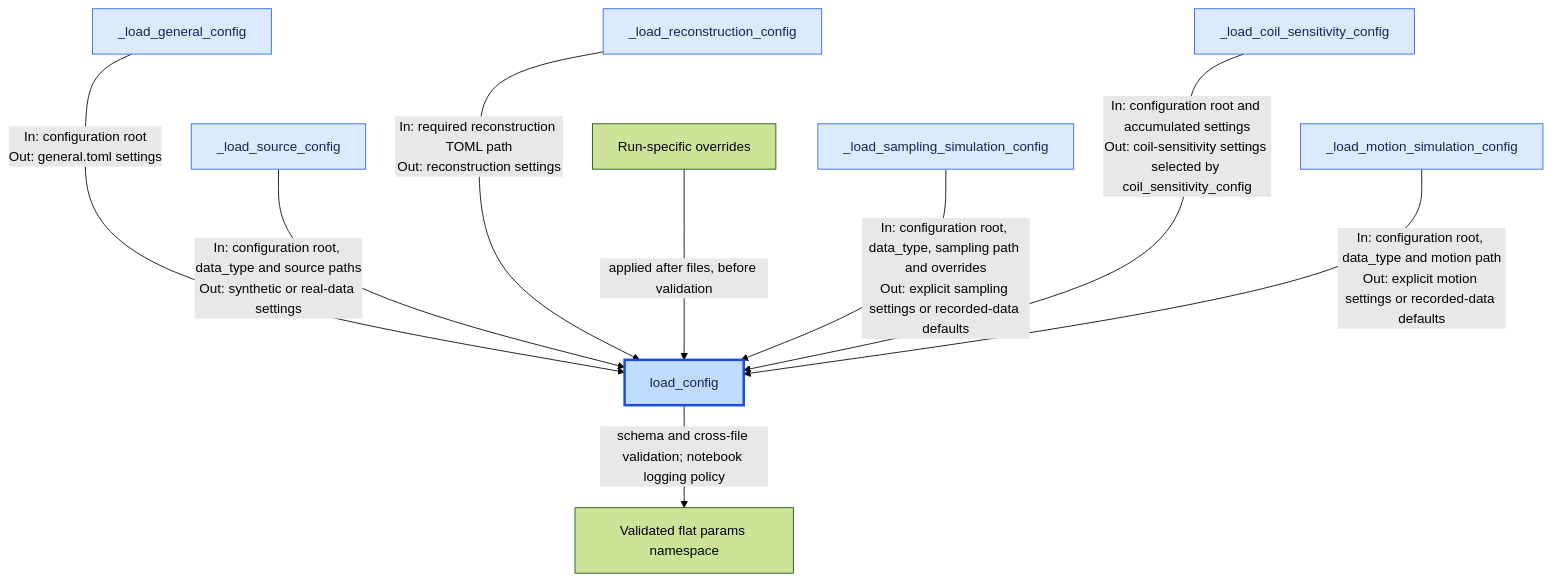
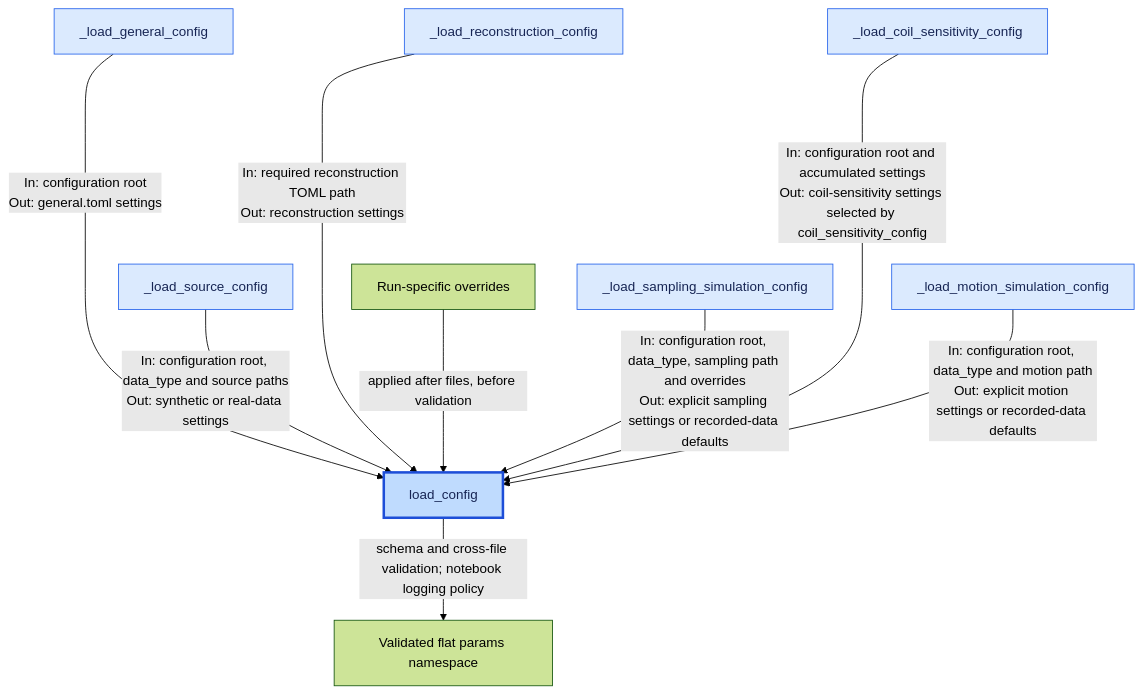
One commit to IADI-Nancy/GRICS-torch changed the diagram in docs/architecture/configuration.md. Above: the diagram before and after it, drawn with Mermaid (forest theme). The commit also changed 1 other file, not shown here.

Commit message:
Reformatted data flows in documentation

````diff
--- a/docs/architecture/configuration.md
+++ b/docs/architecture/configuration.md
@@ -8,21 +8,23 @@
 ```mermaid
 flowchart TD
     General[_load_general_config] -->|"In: configuration root<br/>Out: general.toml settings"| Load[load_config]
     Reconstruction[_load_reconstruction_config] -->|"In: required reconstruction TOML path<br/>Out: reconstruction settings"| Load
     Coil[_load_coil_sensitivity_config] -->|"In: configuration root and accumulated settings<br/>Out: coil-sensitivity settings selected by coil_sensitivity_config"| Load
     Source[_load_source_config] -->|"In: configuration root, data_type and source paths<br/>Out: synthetic or real-data settings"| Load
     Sampling[_load_sampling_simulation_config] -->|"In: configuration root, data_type, sampling path and overrides<br/>Out: explicit sampling settings or recorded-data defaults"| Load
     Motion[_load_motion_simulation_config] -->|"In: configuration root, data_type and motion path<br/>Out: explicit motion settings or recorded-data defaults"| Load
     Overrides[Run-specific overrides] -->|applied after files, before validation| Load
     Load -->|schema and cross-file validation; notebook logging policy| Params[Validated flat params namespace]
 
-    %% Layout-only links split the configuration sources across two rows.
-    General ~~~ Source
-    Reconstruction ~~~ Sampling
-    Coil ~~~ Motion
+    %% Layout-only nodes lift selected sources two ranks above the lower row.
+    General ~~~ GeneralGap[" "] ~~~ Source
+    Reconstruction ~~~ ReconstructionGap[" "] ~~~ Sampling
+    Coil ~~~ CoilGap[" "] ~~~ Motion
 
     classDef pythonClass fill:#dbeafe,stroke:#2563eb,color:#172554
     classDef coordinator fill:#bfdbfe,stroke:#1d4ed8,stroke-width:3px,color:#172554
+    classDef layoutNode fill:transparent,stroke:transparent,color:transparent
     class General,Reconstruction,Coil,Source,Sampling,Motion pythonClass
     class Load coordinator
+    class GeneralGap,ReconstructionGap,CoilGap layoutNode
 ```
````
